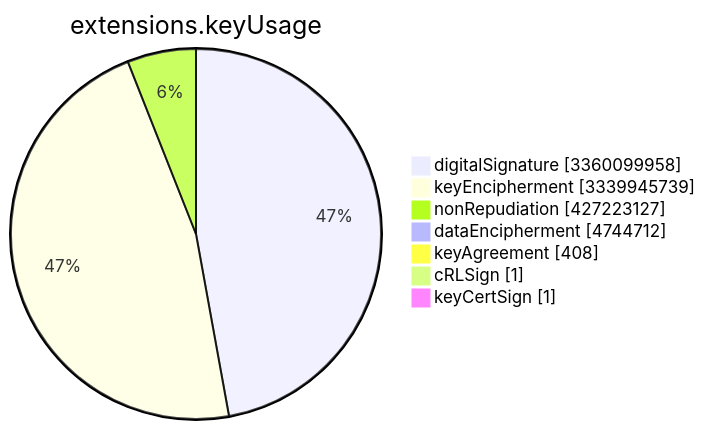
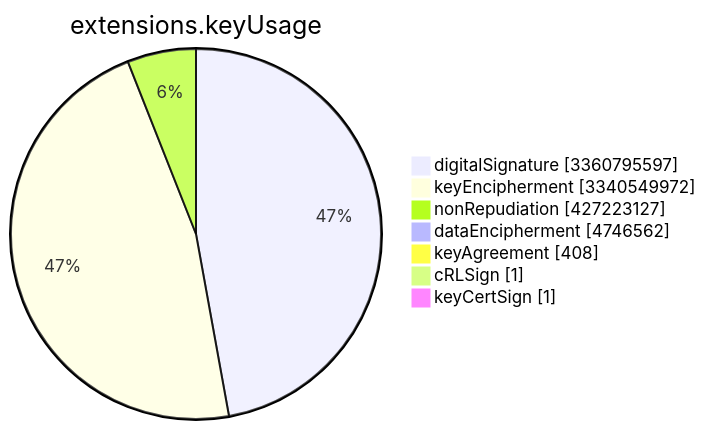
The sixth of 15 diagrams in TOTAL/README.md (christiankrug/ctmonitor_visualization), drawn with Mermaid before and after one commit. The commit also changed other lines of this file, not shown here.

````diff
--- a/TOTAL/README.md
+++ b/TOTAL/README.md
@@ -3079,11 +3079,11 @@
 ```mermaid
 pie showData
 title extensions.keyUsage
-"digitalSignature" :3360099958
-"keyEncipherment" :3339945739
+"digitalSignature" :3360795597
+"keyEncipherment" :3340549972
 "nonRepudiation" :427223127
-"dataEncipherment" :4744712
+"dataEncipherment" :4746562
 "keyAgreement" :408
 "cRLSign" :1
 "keyCertSign" :1
 ```
````
